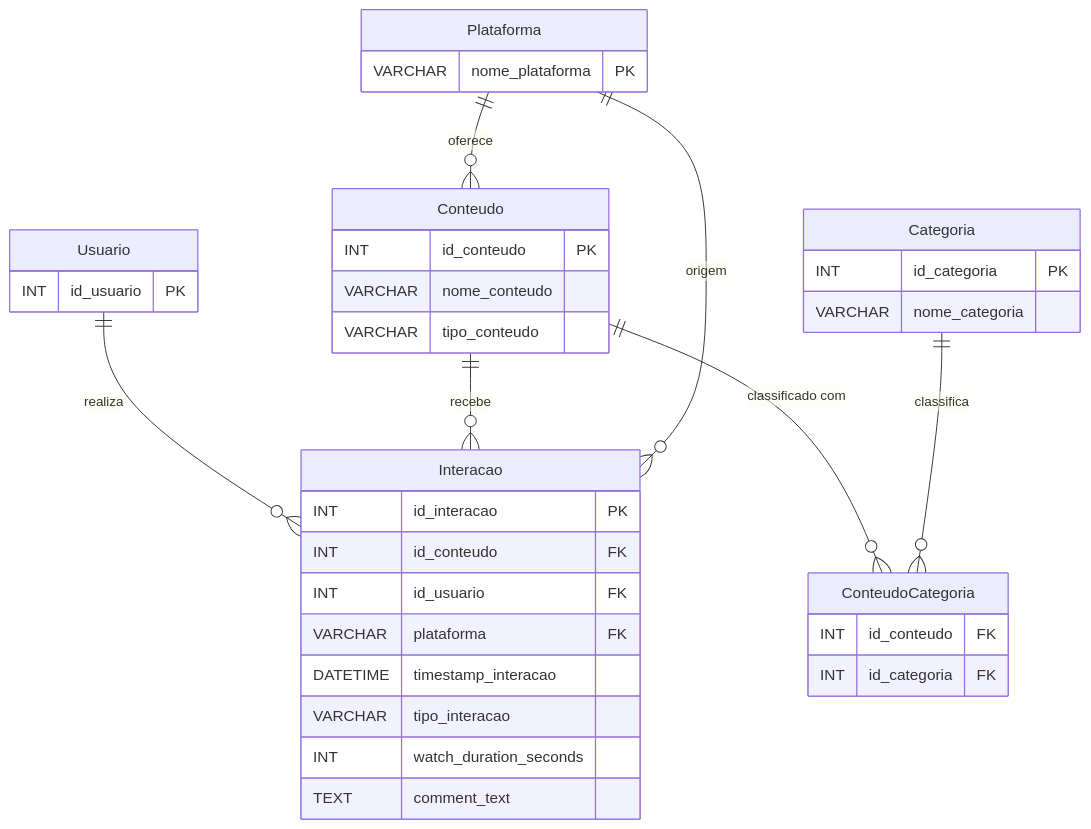
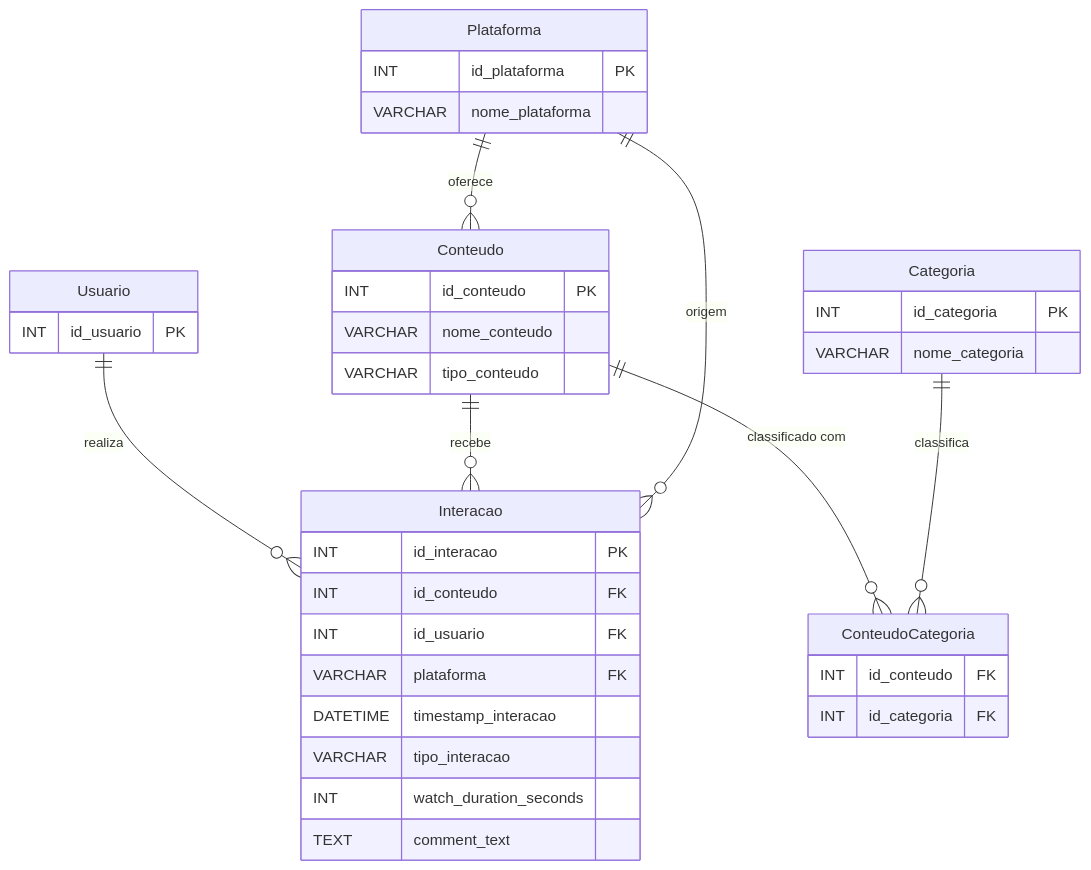
One commit to JohnVictorCouto/Globotech changed the second of 2 diagrams in README.md. Above: the diagram before and after it, drawn with Mermaid.

````diff
--- a/README.md
+++ b/README.md
@@ -157,46 +157,47 @@
 ```mermaid
 erDiagram
 
   Usuario {
     INT id_usuario PK
   }
 
   Plataforma {
-    VARCHAR nome_plataforma PK
+    INT id_plataforma PK
+    VARCHAR nome_plataforma
   }
 
   Categoria {
     INT id_categoria PK
     VARCHAR nome_categoria
   }
 
   Conteudo {
     INT id_conteudo PK
     VARCHAR nome_conteudo
     VARCHAR tipo_conteudo
   }
 
   Interacao {
     INT id_interacao PK
     INT id_conteudo FK
     INT id_usuario FK
     VARCHAR plataforma FK
     DATETIME timestamp_interacao
     VARCHAR tipo_interacao
     INT watch_duration_seconds
     TEXT comment_text
   }
 
   ConteudoCategoria {
     INT id_conteudo FK
     INT id_categoria FK
   }
 
   %% RELACIONAMENTOS
   Usuario ||--o{ Interacao : realiza
   Conteudo ||--o{ Interacao : recebe
   Plataforma ||--o{ Conteudo : oferece
   Plataforma ||--o{ Interacao : origem
   Conteudo ||--o{ ConteudoCategoria : "classificado com"
   Categoria ||--o{ ConteudoCategoria : classifica
 ```
````
